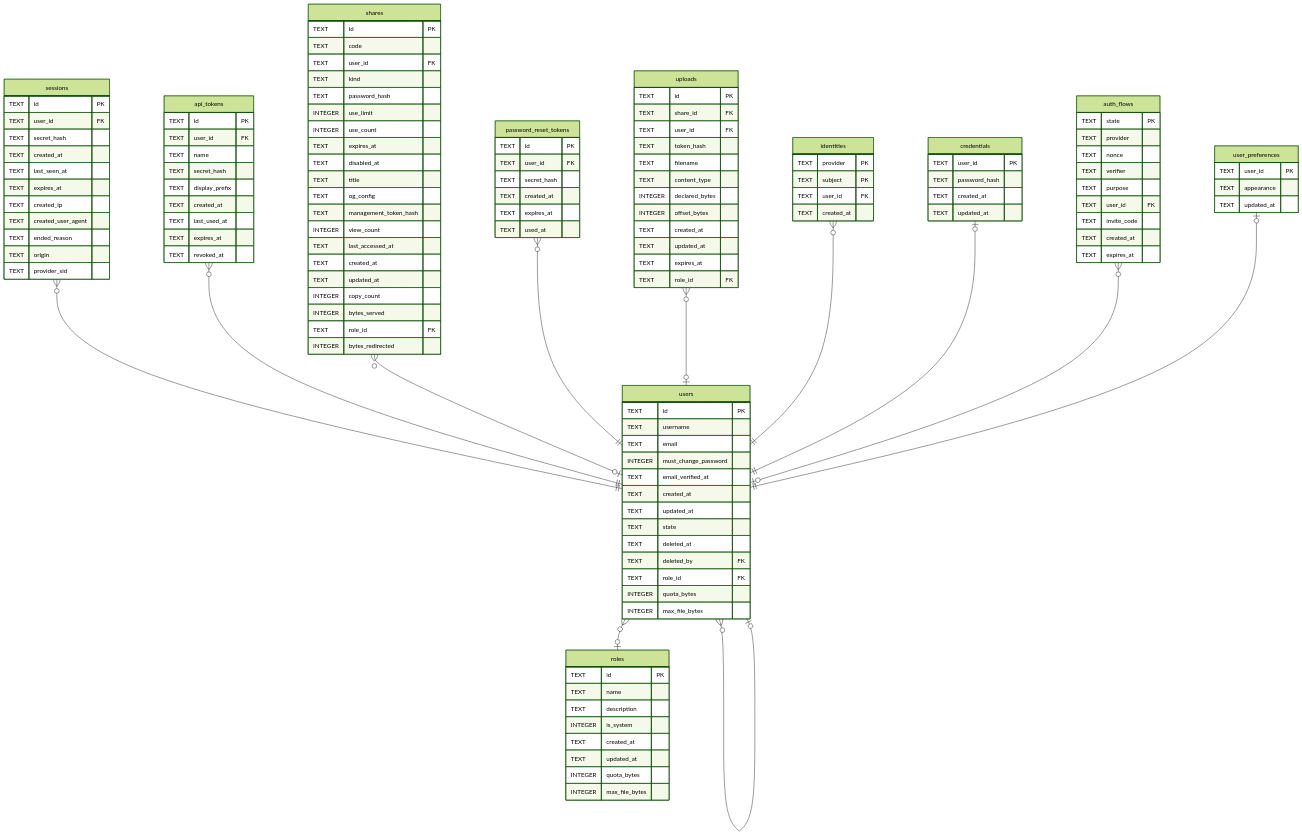
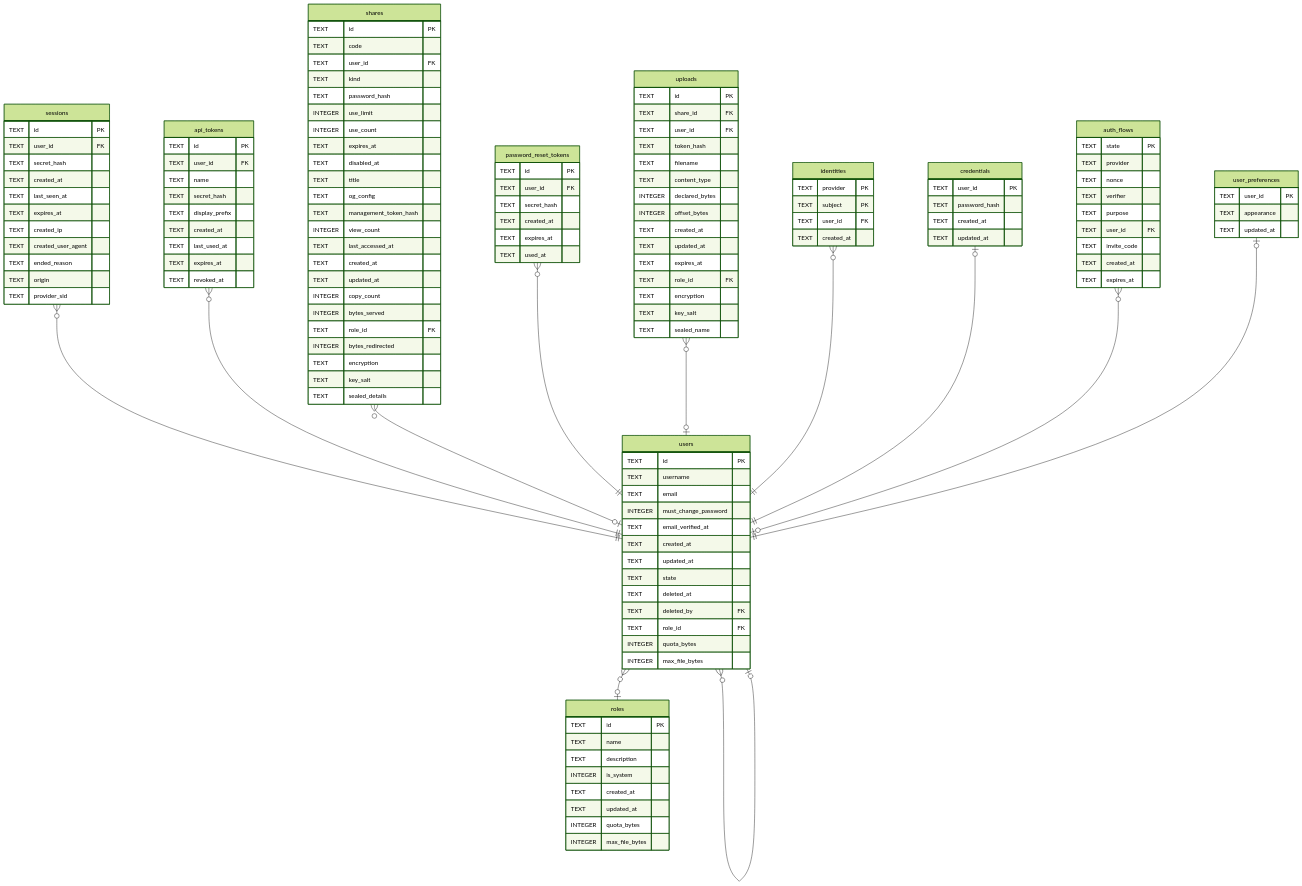
Before and after one commit to Limatura/tessera: the diagram in docs/schema/users.md, drawn with Mermaid (forest theme). The commit also changed 38 other files, not shown here.

```diff
--- a/docs/schema/users.md
+++ b/docs/schema/users.md
@@ -140,6 +140,9 @@
   INTEGER bytes_served
   TEXT role_id FK
   INTEGER bytes_redirected
+  TEXT encryption
+  TEXT key_salt
+  TEXT sealed_details
 }
 "password_reset_tokens" {
   TEXT id PK
@@ -162,6 +165,9 @@
   TEXT updated_at
   TEXT expires_at
   TEXT role_id FK
+  TEXT encryption
+  TEXT key_salt
+  TEXT sealed_name
 }
 "identities" {
   TEXT provider PK
```
